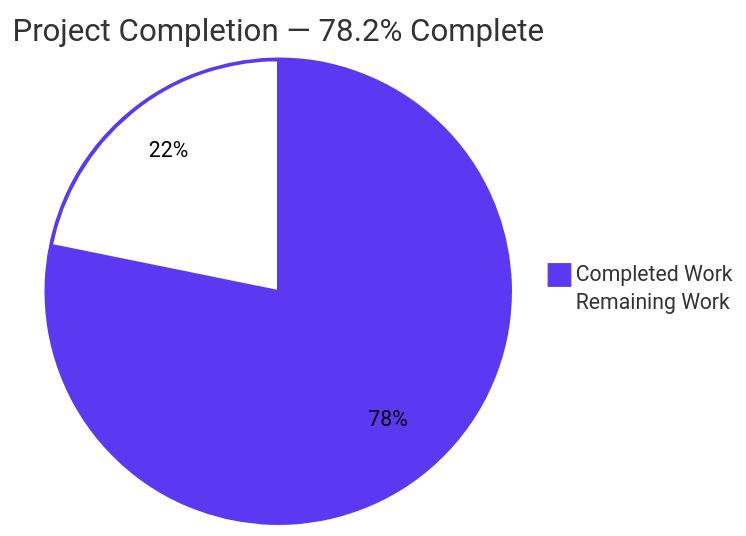
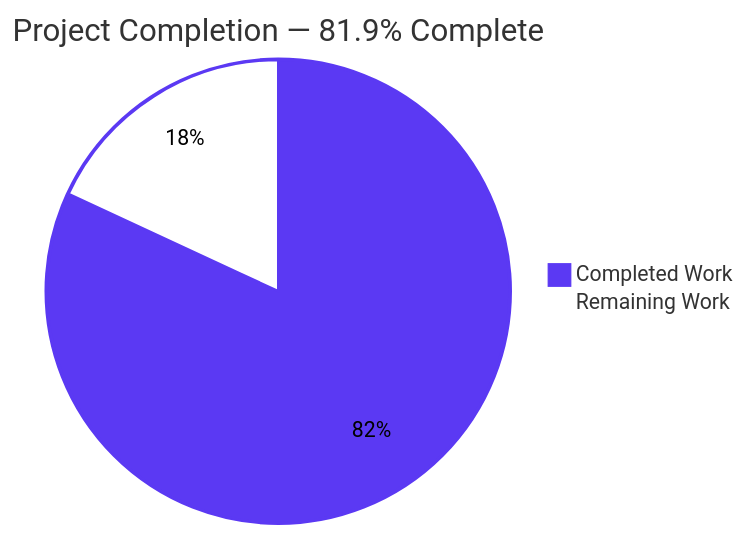
Before and after one commit to Tzadiko/monero: the first of 4 diagrams in blitzy/documentation/Project Guide.md, drawn with Mermaid. The commit also changed other lines of this file, not shown here.

````diff
--- a/blitzy/documentation/Project Guide.md
+++ b/blitzy/documentation/Project Guide.md
@@ -9,6 +9,6 @@
 ```mermaid
 %%{init: {"theme": "base", "themeVariables": {"pie1": "#5B39F3", "pie2": "#FFFFFF", "pieOpacity": "1", "pieStrokeColor": "#5B39F3", "pieOuterStrokeColor": "#5B39F3", "pieSectionTextColor": "#000000"}}}%%
-pie title Project Completion — 78.2% Complete
-    "Completed Work" : 147
-    "Remaining Work" : 41
+pie title Project Completion — 81.9% Complete
+    "Completed Work" : 154
+    "Remaining Work" : 34
 ```
````
